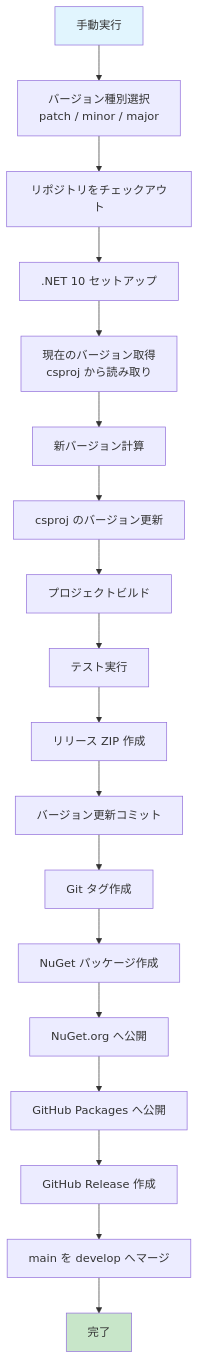
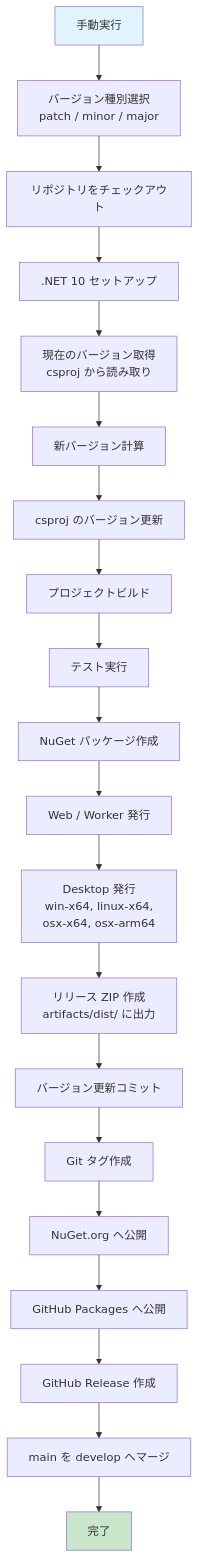
The third of 4 diagrams in docs/contributing/ci-workflow.md (vehiclevisionjp/VehicleVision.Pleasanter.ReplicaSync), drawn with Mermaid before and after one commit. The commit also changed 335 other files, not shown here.

````diff
--- a/docs/contributing/ci-workflow.md
+++ b/docs/contributing/ci-workflow.md
@@ -178,23 +178,25 @@
 ```mermaid
 flowchart TD
     A[手動実行] --> B[バージョン種別選択<br/>patch / minor / major]
     B --> C[リポジトリをチェックアウト]
     C --> D[.NET 10 セットアップ]
     D --> E[現在のバージョン取得<br/>csproj から読み取り]
     E --> F[新バージョン計算]
     F --> G[csproj のバージョン更新]
     G --> H[プロジェクトビルド]
     H --> I[テスト実行]
-    I --> J[リリース ZIP 作成]
+    I --> IA[NuGet パッケージ作成]
+    IA --> IB[Web / Worker 発行]
+    IB --> IC[Desktop 発行<br/>win-x64, linux-x64,<br/>osx-x64, osx-arm64]
+    IC --> J[リリース ZIP 作成<br/>artifacts/dist/ に出力]
     J --> K[バージョン更新コミット]
     K --> L[Git タグ作成]
-    L --> LA[NuGet パッケージ作成]
-    LA --> LB[NuGet.org へ公開]
+    L --> LB[NuGet.org へ公開]
     LB --> LC[GitHub Packages へ公開]
     LC --> M[GitHub Release 作成]
     M --> N[main を develop へマージ]
     N --> O[完了]
 
     style A fill:#e1f5fe
     style O fill:#c8e6c9
 ```
````
